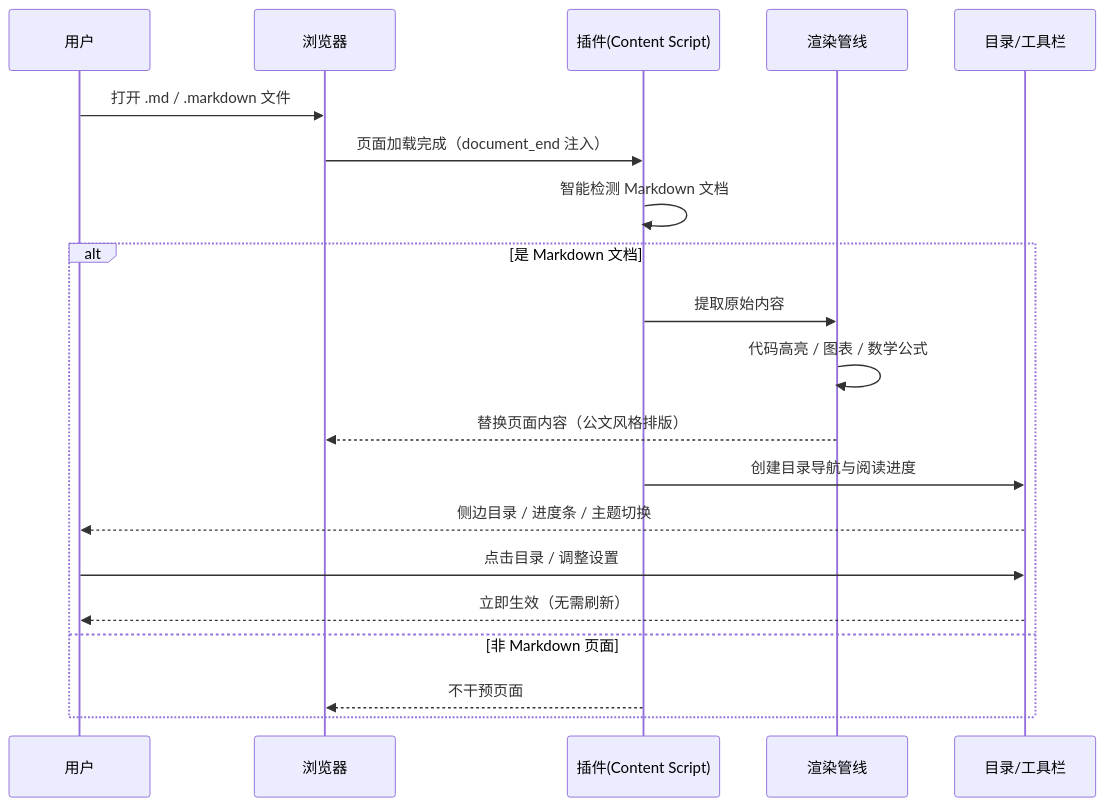
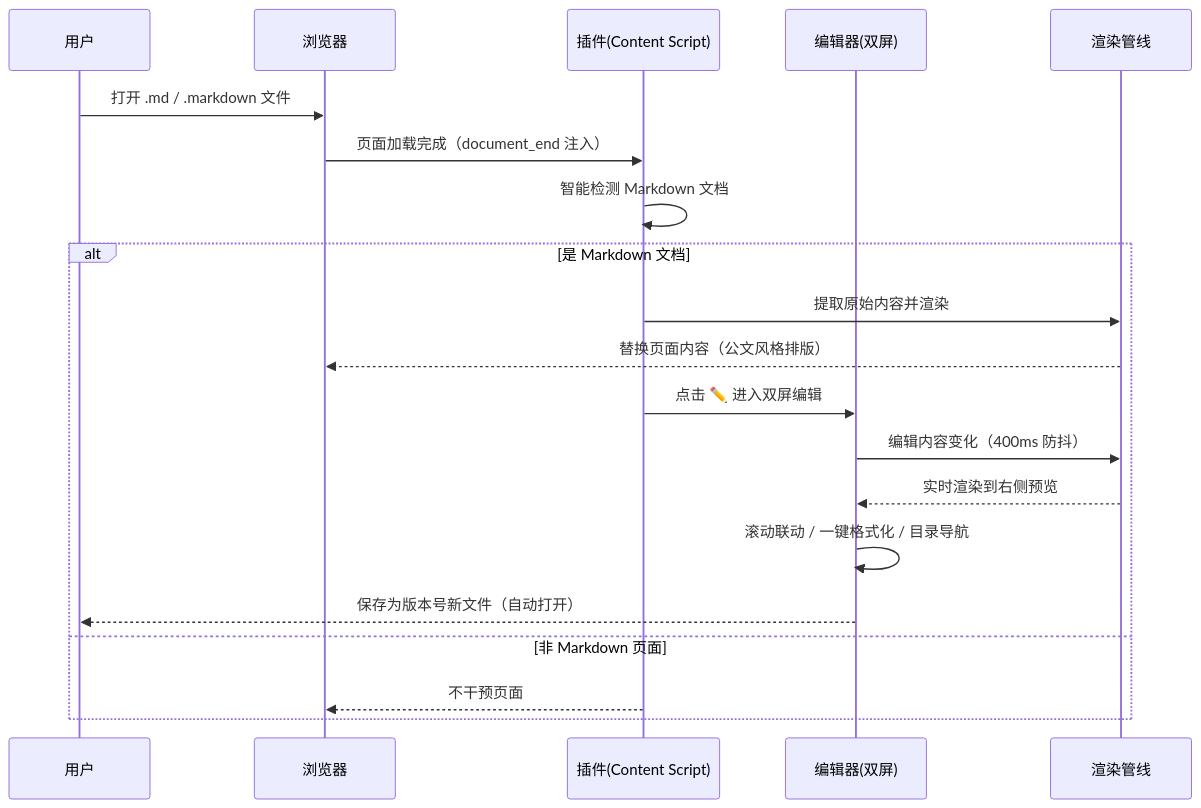
Before and after one commit to YaYII/Readmdvue: the first of 2 diagrams in README.md, drawn with Mermaid. The commit also changed other lines of this file and 6 other files, not shown here.

````diff
--- a/README.md
+++ b/README.md
@@ -35,23 +120,23 @@
 ```mermaid
 sequenceDiagram
     participant U as 用户
     participant B as 浏览器
     participant P as 插件(Content Script)
+    participant E as 编辑器(双屏)
     participant R as 渲染管线
-    participant T as 目录/工具栏
 
     U->>B: 打开 .md / .markdown 文件
     B->>P: 页面加载完成（document_end 注入）
     P->>P: 智能检测 Markdown 文档
     alt 是 Markdown 文档
-        P->>R: 提取原始内容
-        R->>R: 代码高亮 / 图表 / 数学公式
+        P->>R: 提取原始内容并渲染
         R-->>B: 替换页面内容（公文风格排版）
-        P->>T: 创建目录导航与阅读进度
-        T-->>U: 侧边目录 / 进度条 / 主题切换
-        U->>T: 点击目录 / 调整设置
-        T-->>U: 立即生效（无需刷新）
+        P->>E: 点击 ✏️ 进入双屏编辑
+        E->>R: 编辑内容变化（400ms 防抖）
+        R-->>E: 实时渲染到右侧预览
+        E->>E: 滚动联动 / 一键格式化 / 目录导航
+        E-->>U: 保存为版本号新文件（自动打开）
     else 非 Markdown 页面
         P-->>B: 不干预页面
     end
 ```
````
